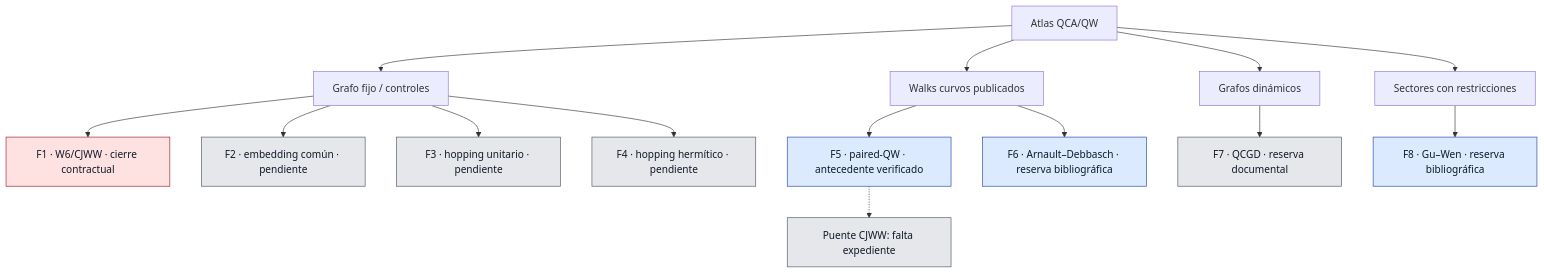
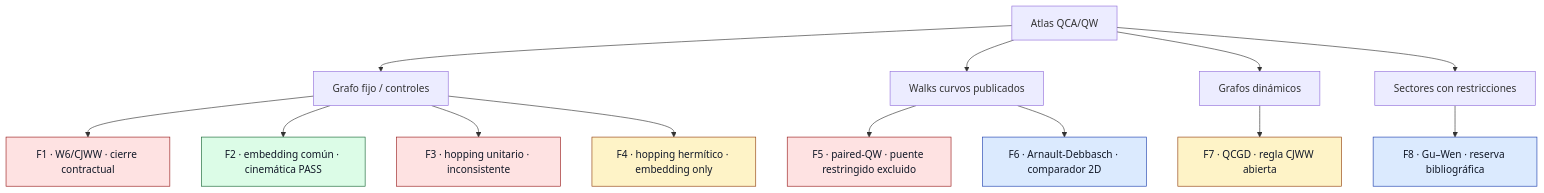
Before and after one commit to nacho09021973/qca-causal-cones: the diagram in docs/family_atlas/FAMILY_BIBLE.md, drawn with Mermaid. The commit also changed other lines of this file and 12 other files, not shown here.

````diff
--- a/docs/family_atlas/FAMILY_BIBLE.md
+++ b/docs/family_atlas/FAMILY_BIBLE.md
@@ -34,22 +34,24 @@
 ```mermaid
 flowchart TB
   A["Atlas QCA/QW"] --> G["Grafo fijo / controles"]
   A --> P["Walks curvos publicados"]
   A --> D["Grafos dinámicos"]
   A --> C["Sectores con restricciones"]
   G --> F1["F1 · W6/CJWW · cierre contractual"]
-  G --> F2["F2 · embedding común · pendiente"]
-  G --> F3["F3 · hopping unitario · pendiente"]
-  G --> F4["F4 · hopping hermítico · pendiente"]
-  P --> F5["F5 · paired-QW · antecedente verificado"]
-  F5 -.-> B["Puente CJWW: falta expediente"]
-  P --> F6["F6 · Arnault–Debbasch · reserva bibliográfica"]
-  D --> F7["F7 · QCGD · reserva documental"]
+  G --> F2["F2 · embedding común · cinemática PASS"]
+  G --> F3["F3 · hopping unitario · inconsistente"]
+  G --> F4["F4 · hopping hermítico · embedding only"]
+  P --> F5["F5 · paired-QW · puente restringido excluido"]
+  P --> F6["F6 · Arnault-Debbasch · comparador 2D"]
+  D --> F7["F7 · QCGD · regla CJWW abierta"]
   C --> F8["F8 · Gu–Wen · reserva bibliográfica"]
   classDef closed fill:#fee2e2,stroke:#991b1b,color:#111827;
   classDef pending fill:#e5e7eb,stroke:#4b5563,color:#111827;
   classDef bibliography fill:#dbeafe,stroke:#1e40af,color:#111827;
-  class F1 closed;
-  class F2,F3,F4,F7,B pending;
-  class F5,F6,F8 bibliography;
+  classDef open fill:#fef3c7,stroke:#92400e,color:#111827;
+  classDef pass fill:#dcfce7,stroke:#166534,color:#111827;
+  class F1,F3,F5 closed;
+  class F2 pass;
+  class F4,F7 open;
+  class F6,F8 bibliography;
 ```
````
